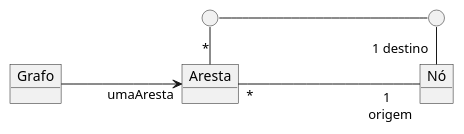
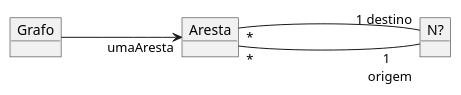
One commit to kyriosdata/oo changed the diagram in Imagens/modelos-04/mod04ima04/mod04ima04.plantuml. Above: the diagram before and after it, drawn with PlantUML. The commit also changed 19 other files, not shown here.

```diff
--- a/Imagens/modelos-04/mod04ima04/mod04ima04.plantuml
+++ b/Imagens/modelos-04/mod04ima04/mod04ima04.plantuml
@@ -1,13 +1,10 @@
 @startuml mod03ima04
 object "Grafo" as gr
 object "Aresta" as ar
-object "Nó" as no
-circle " " as p1
-circle " " as p2
+object "N?" as no
+
 left to right direction
 gr --->"umaAresta" ar
 ar "*"----"1 \n origem" no
-ar "*"-left- p1
-p1 ---- p2 
-p2 -right- "1 destino"no
+ar "*"--- "1 destino"no
 @enduml
```
